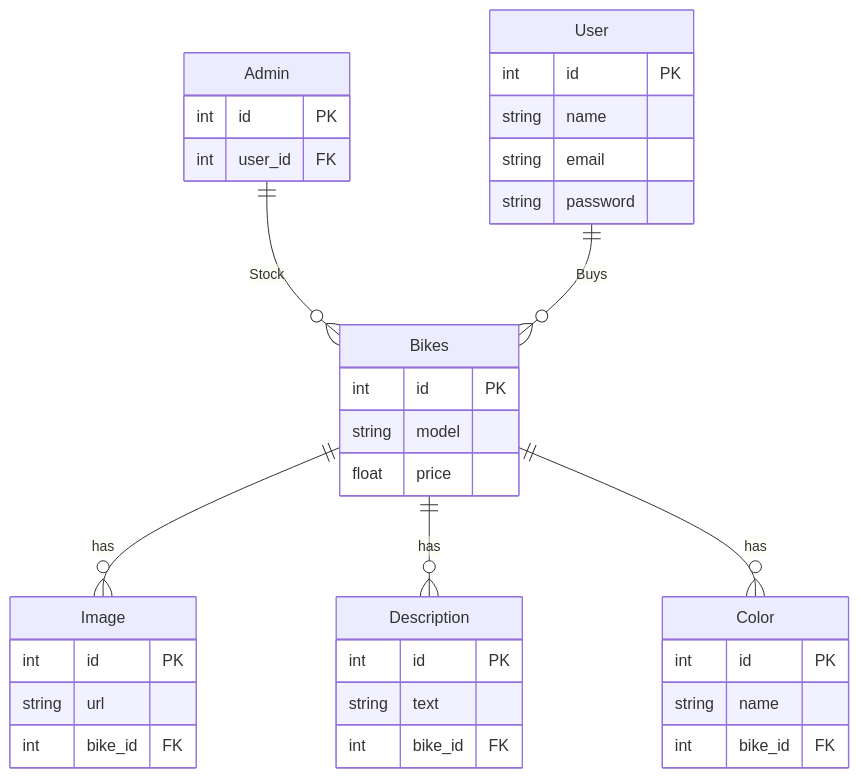
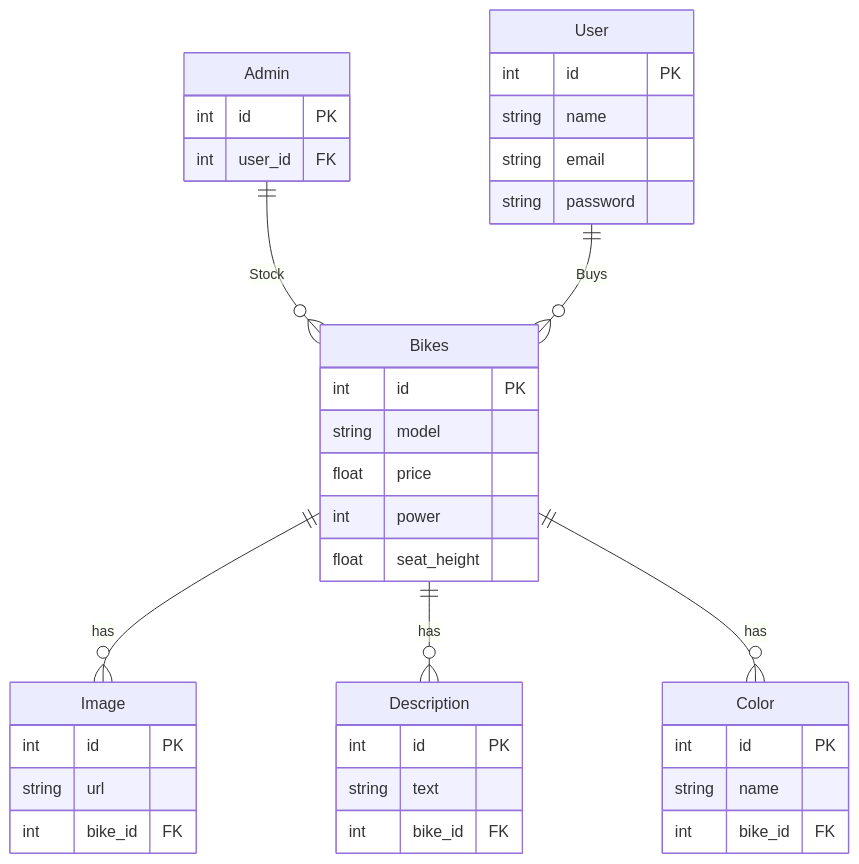
Before and after one commit to AlexanderBaffert/Progetto-info: the diagram in README.md, drawn with Mermaid. The commit also changed other lines of this file and 1345 other files, not shown here.

````diff
--- a/README.md
+++ b/README.md
@@ -22,39 +22,41 @@
 ```mermaid
 erDiagram
     User {
         int id PK
         string name
         string email
         string password
     }
     Admin {
         int id PK
         int user_id FK
     }
     Bikes {
         int id PK
         string model
         float price
+        int power
+        float seat_height
     }
     Image {
         int id PK
         string url
         int bike_id FK
     }
     Description {
         int id PK
         string text
         int bike_id FK
     }
     Color {
         int id PK
         string name
         int bike_id FK
     }
 
     Admin ||--o{ Bikes: "Stock"
     Bikes ||--o{ Image : "has"
     Bikes ||--o{ Description : "has"
     Bikes ||--o{ Color : "has"
     User ||--o{ Bikes : "Buys"
 ```
````
